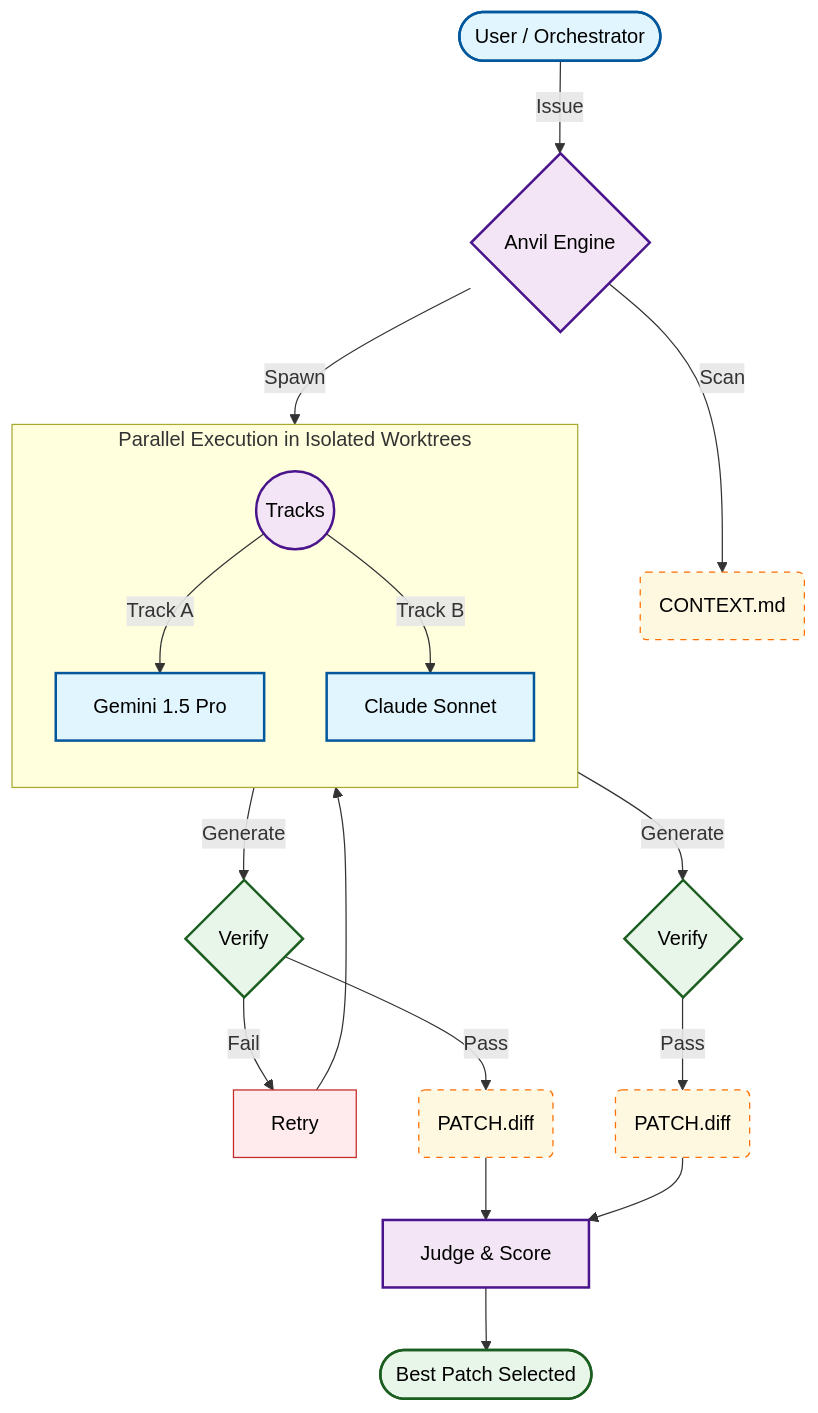
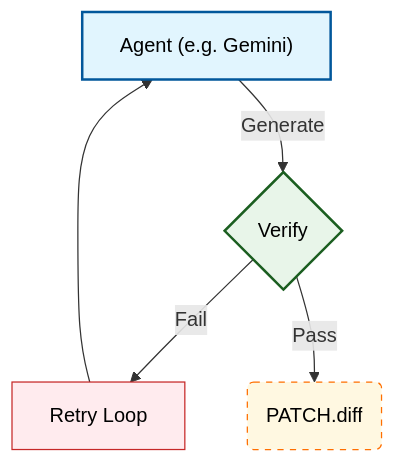
The second of 2 diagrams in README.md (grahama1970/anvil), drawn with Mermaid before and after one commit. The commit also changed other lines of this file, not shown here.

Commit message:
docs: split mermaid diagram into architecture and lifecycle charts

````diff
--- a/README.md
+++ b/README.md
@@ -50,42 +72,13 @@
 ```mermaid
 flowchart TD
-    %% Nodes
-    User(["User / Orchestrator"])
-    Anvil{"Anvil Engine"}
-    Context("CONTEXT.md")
-    Judge["Judge & Score"]
-    Winner(["Best Patch Selected"])
-    Dispatcher(("Tracks"))
-
     %% Styles
     classDef actor fill:#e1f5fe,stroke:#01579b,stroke-width:2px,color:#000
-    classDef process fill:#f3e5f5,stroke:#4a148c,stroke-width:2px,color:#000
-    classDef file fill:#fff8e1,stroke:#ff6f00,stroke-width:1px,stroke-dasharray: 5 5,color:#000
     classDef decision fill:#e8f5e9,stroke:#1b5e20,stroke-width:2px,color:#000
     classDef fail fill:#ffebee,stroke:#c62828,stroke-width:1px,color:#000
+    classDef file fill:#fff8e1,stroke:#ff6f00,stroke-width:1px,stroke-dasharray: 5 5,color:#000
 
-    %% Main Flow
-    User:::actor -->|"Issue"| Anvil:::process
-    Anvil -->|"Scan"| Context:::file
-    Anvil -->|"Spawn"| Dispatcher:::process
-
-    subgraph Worktrees ["Parallel Execution in Isolated Worktrees"]
-        direction TB
-        Dispatcher -->|"Track A"| Gemini["Gemini 1.5 Pro"]:::actor
-        Dispatcher -->|"Track B"| Claude["Claude Sonnet"]:::actor
-    end
-
-    %% Track A Cycle
-    Gemini -->|"Generate"| VerifyG{"Verify"}:::decision
-    VerifyG -->|"Fail"| RetryG["Retry"]:::fail
-    RetryG --> Gemini
-    VerifyG -->|"Pass"| PatchG("PATCH.diff"):::file
-
-    %% Track B Cycle
-    Claude -->|"Generate"| VerifyC{"Verify"}:::decision
-    VerifyC -->|"Pass"| PatchC("PATCH.diff"):::file
-
-    %% Merging
-    PatchG & PatchC --> Judge:::process
-    Judge --> Winner:::decision
+    Agent["Agent (e.g. Gemini)"]:::actor -->|"Generate"| Verify{"Verify"}:::decision
+    Verify -->|"Fail"| Retry["Retry Loop"]:::fail
+    Retry --> Agent
+    Verify -->|"Pass"| Patch("PATCH.diff"):::file
 ```
````
